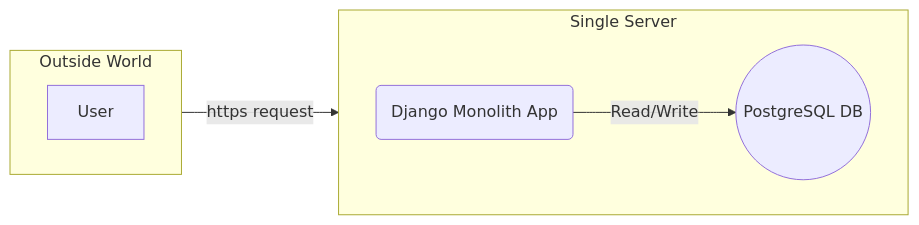
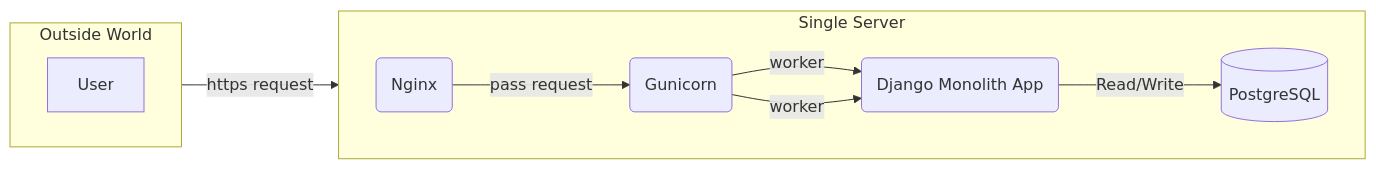
The third of 5 diagrams in Diagram/Diagram_Only/Phase1_TheMonolithEra.md (004Ajay/Rough), drawn with Mermaid before and after one commit. The commit also changed other lines of this file and 4 other files, not shown here.

Commit message:
Gunicorn SVG, Dukaan Stack, Before Dukaan, Customer Interaction, Gunicorn insertion to prev graphs, Postgres new shape

````diff
--- a/Diagram/Diagram_Only/Phase1_TheMonolithEra.md
+++ b/Diagram/Diagram_Only/Phase1_TheMonolithEra.md
@@ -3,19 +46,18 @@
 ```mermaid
 %%{init: {'flowchart': {'htmlLabels': false,}}}%%
 graph LR
-  %% Nodes
-  A[User]
-  B(Django Monolith App)
-  C((PostgreSQL DB))
   
 subgraph Outside World
 direction LR
-  A 
+  A[User] 
 end
 
 subgraph Single Server
 direction LR
-  A -- https request --> B
-  B -- Read/Write --> C
+  A -- https request --> N(Nginx)
+  N -- pass request --> G(Gunicorn)
+  G -- worker --> D(Django Monolith App)
+  G -- worker --> D(Django Monolith App)
+  D -- Read/Write --> P[(PostgreSQL)]
 end
 ```
````
